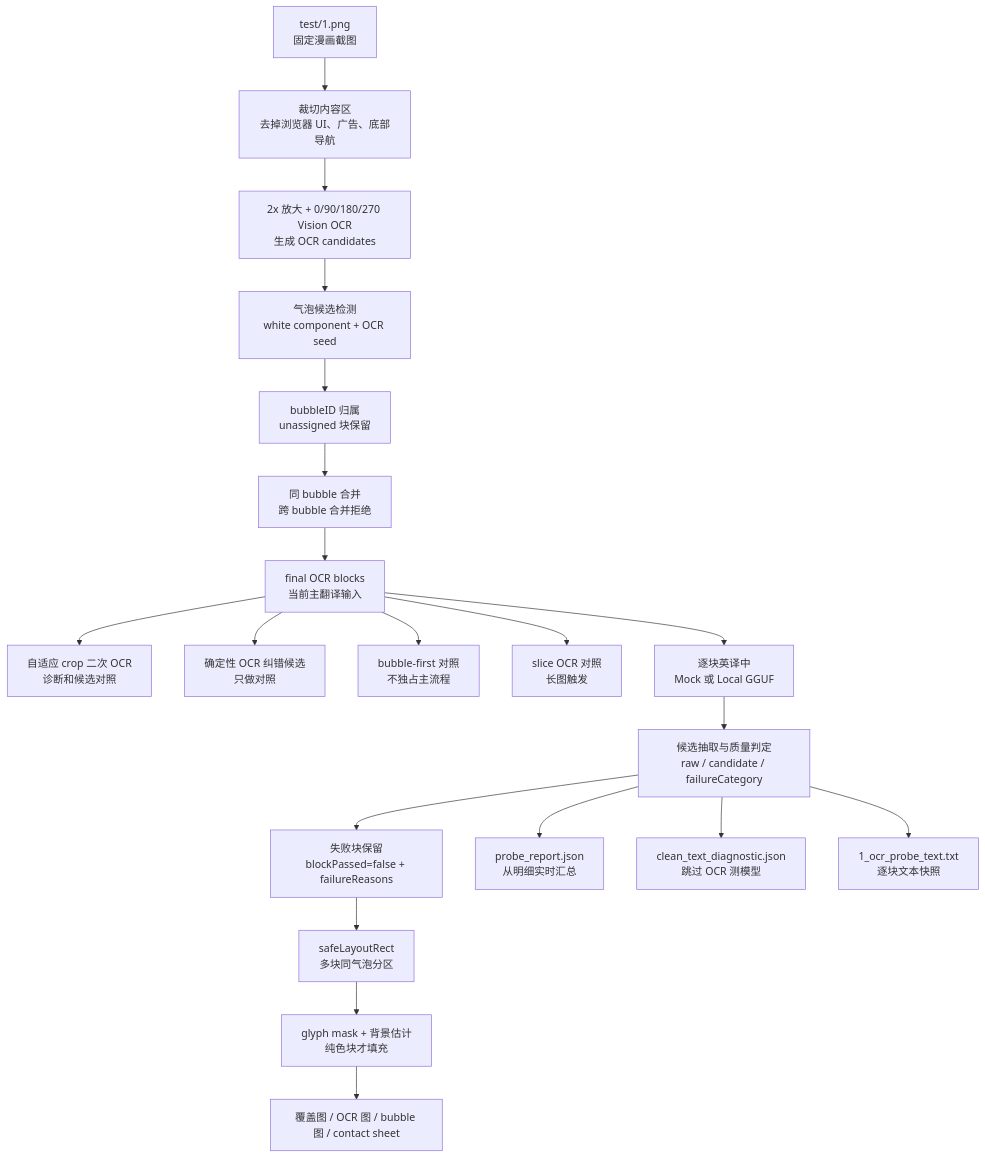
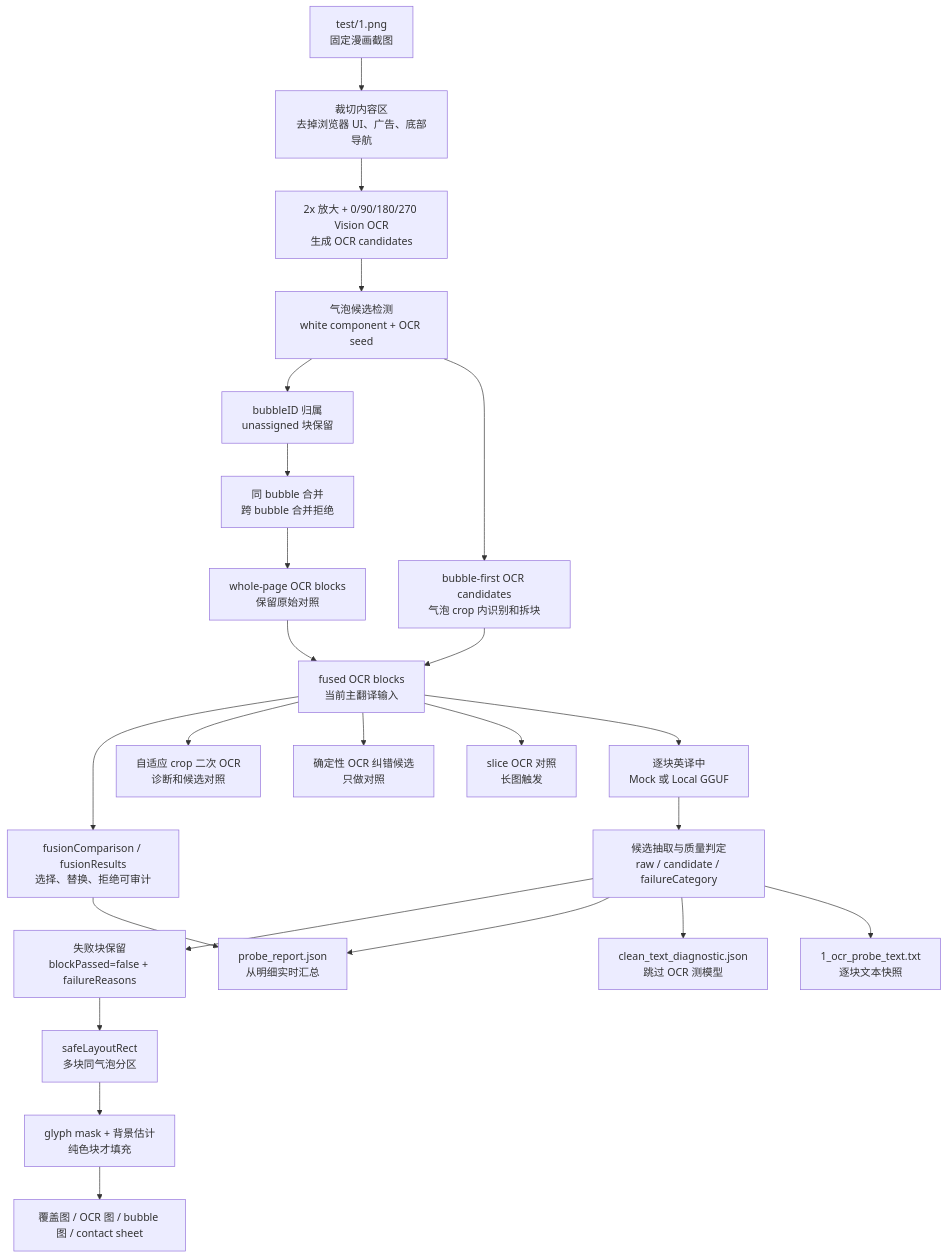
The second of 3 diagrams in md/flow/flowchart.md (bengzhu/project1_lgbt_naxida), drawn with Mermaid before and after one commit. The commit also changed 12 other files, not shown here.

````diff
--- a/md/flow/flowchart.md
+++ b/md/flow/flowchart.md
@@ -48,31 +48,35 @@
 ```mermaid
 flowchart TD
   %% 输入：固定 bundle 素材
   A["test/1.png<br/>固定漫画截图"] --> B["裁切内容区<br/>去掉浏览器 UI、广告、底部导航"]
 
-  %% OCR：整页主路径
+  %% OCR：整页与气泡候选
   B --> C["2x 放大 + 0/90/180/270 Vision OCR<br/>生成 OCR candidates"]
   C --> D["气泡候选检测<br/>white component + OCR seed"]
   D --> E["bubbleID 归属<br/>unassigned 块保留"]
   E --> F["同 bubble 合并<br/>跨 bubble 合并拒绝"]
-  F --> G["final OCR blocks<br/>当前主翻译输入"]
+  F --> W["whole-page OCR blocks<br/>保留原始对照"]
+  D --> J["bubble-first OCR candidates<br/>气泡 crop 内识别和拆块"]
+  W --> G["fused OCR blocks<br/>当前主翻译输入"]
+  J --> G
+  G --> X["fusionComparison / fusionResults<br/>选择、替换、拒绝可审计"]
 
   %% 诊断旁路：不替代主流程
   G --> H["自适应 crop 二次 OCR<br/>诊断和候选对照"]
   G --> I["确定性 OCR 纠错候选<br/>只做对照"]
-  G --> J["bubble-first 对照<br/>不独占主流程"]
   G --> K["slice OCR 对照<br/>长图触发"]
 
   %% 翻译：逐块主路径
   G --> L["逐块英译中<br/>Mock 或 Local GGUF"]
   L --> M["候选抽取与质量判定<br/>raw / candidate / failureCategory"]
   M --> N["失败块保留<br/>blockPassed=false + failureReasons"]
 
   %% 报告和渲染
   N --> O["safeLayoutRect<br/>多块同气泡分区"]
   O --> P["glyph mask + 背景估计<br/>纯色块才填充"]
   P --> Q["覆盖图 / OCR 图 / bubble 图 / contact sheet"]
   M --> R["probe_report.json<br/>从明细实时汇总"]
+  X --> R
   M --> S["clean_text_diagnostic.json<br/>跳过 OCR 测模型"]
   M --> T["1_ocr_probe_text.txt<br/>逐块文本快照"]
 ```
````
